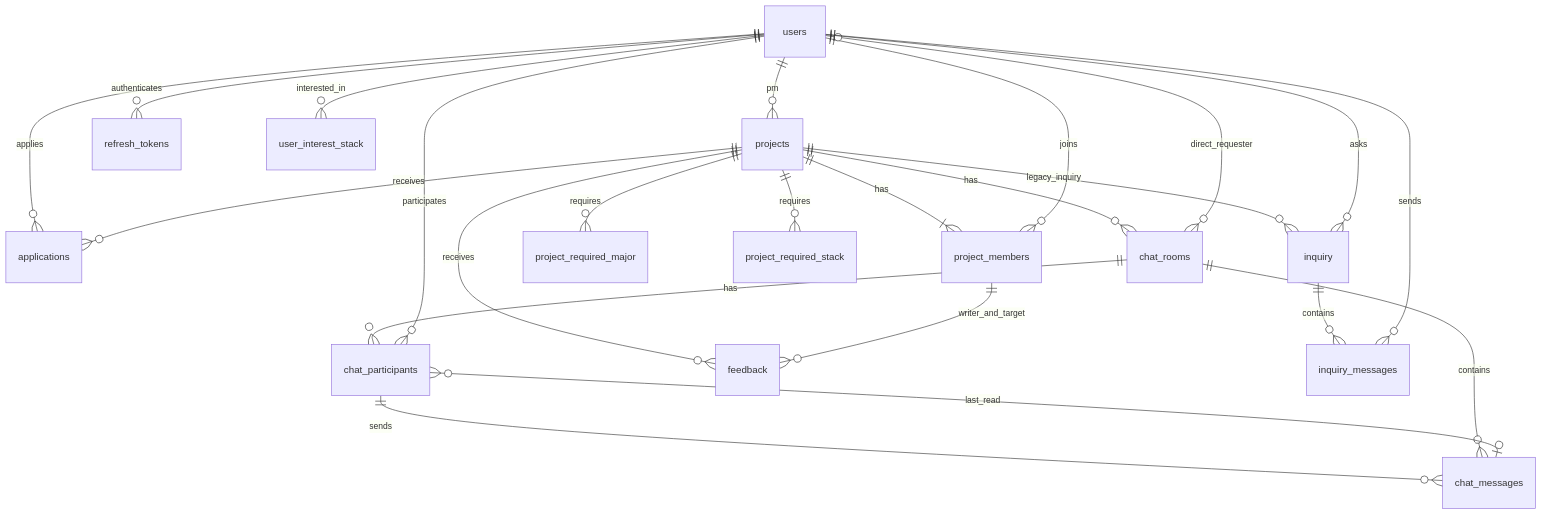
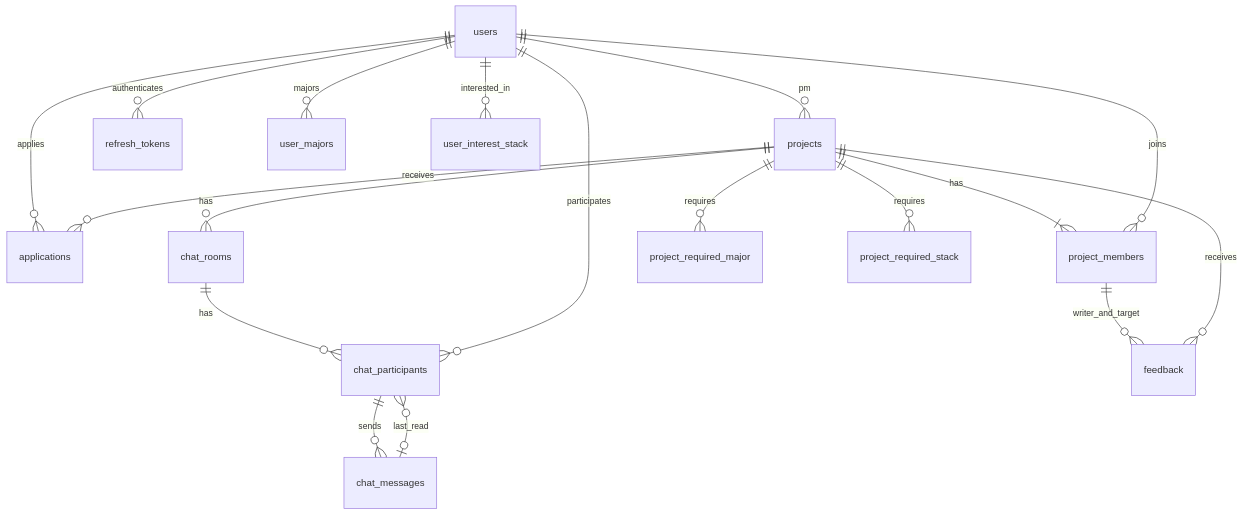
One commit to F-A-T-Find-A-Team/F-A-T-backend changed the diagram in README.md. Above: the diagram before and after it, drawn with Mermaid. The commit also changed other lines of this file and 79 other files, not shown here.

````diff
--- a/README.md
+++ b/README.md
@@ -32,25 +97,20 @@
 ```mermaid
 erDiagram
     users ||--o{ projects : pm
     users ||--o{ applications : applies
     projects ||--o{ applications : receives
     projects ||--|{ project_members : has
     users ||--o{ project_members : joins
     projects ||--o{ chat_rooms : has
-    users o|--o{ chat_rooms : direct_requester
     chat_rooms ||--o{ chat_participants : has
     users ||--o{ chat_participants : participates
     chat_participants ||--o{ chat_messages : sends
-    chat_rooms ||--o{ chat_messages : contains
     chat_messages o|--o{ chat_participants : last_read
+    project_members ||--o{ feedback : writer_and_target
     projects ||--o{ feedback : receives
-    project_members ||--o{ feedback : writer_and_target
     users ||--o{ refresh_tokens : authenticates
+    users ||--o{ user_majors : majors
     users ||--o{ user_interest_stack : interested_in
     projects ||--o{ project_required_major : requires
     projects ||--o{ project_required_stack : requires
-    projects ||--o{ inquiry : legacy_inquiry
-    users ||--o{ inquiry : asks
-    inquiry ||--o{ inquiry_messages : contains
-    users ||--o{ inquiry_messages : sends
 ```
````
